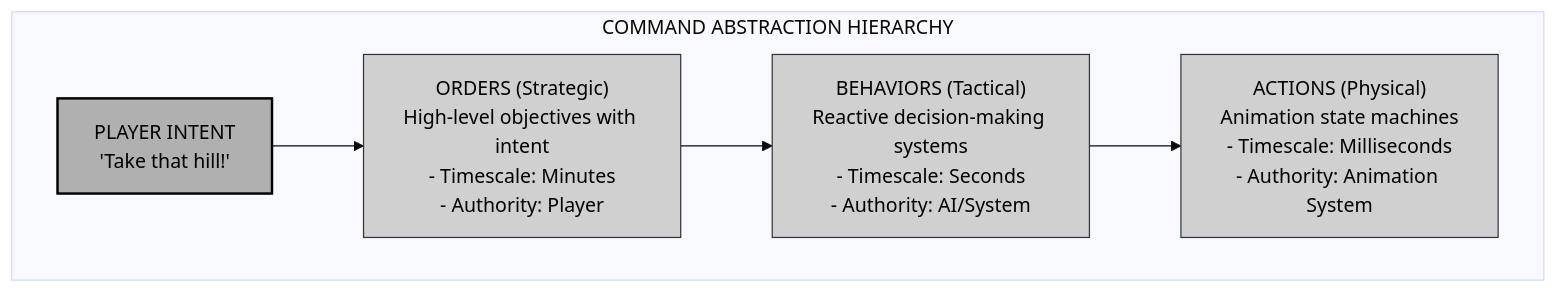
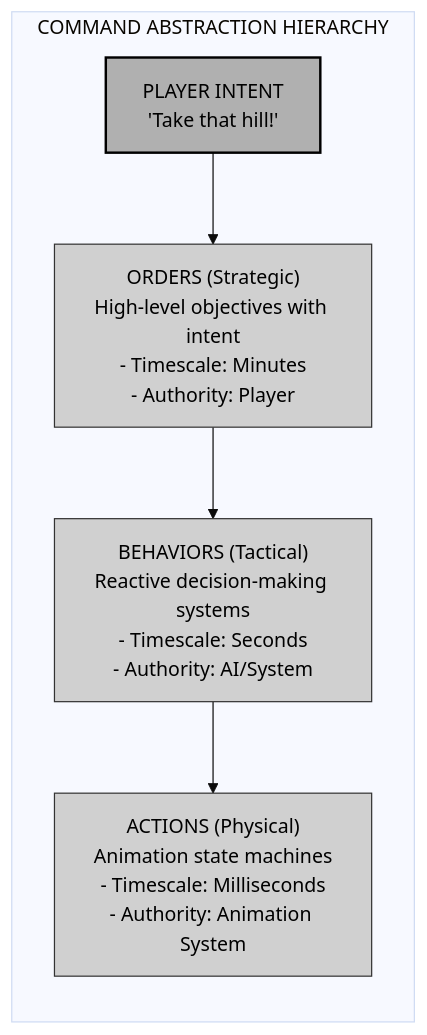
One commit to jukofyork/close-combat-architecture-study changed the first of 5 diagrams in chapter_06_orders_ai.md. Above: the diagram before and after it, drawn with Mermaid (base theme). The commit also changed other lines of this file and 7 other files, not shown here.

````diff
--- a/chapter_06_orders_ai.md
+++ b/chapter_06_orders_ai.md
@@ -7,22 +7,24 @@
 ```mermaid
 flowchart TB
     subgraph Hierarchy["COMMAND ABSTRACTION HIERARCHY"]
+        direction TB
+        
         PI["PLAYER INTENT<br/>'Take that hill!'"]
         
         ORDERS["ORDERS (Strategic)<br/>High-level objectives with intent<br/>- Timescale: Minutes<br/>- Authority: Player"]
         
         BEHAVIORS["BEHAVIORS (Tactical)<br/>Reactive decision-making systems<br/>- Timescale: Seconds<br/>- Authority: AI/System"]
         
         ACTIONS["ACTIONS (Physical)<br/>Animation state machines<br/>- Timescale: Milliseconds<br/>- Authority: Animation System"]
         
         PI --> ORDERS --> BEHAVIORS --> ACTIONS
     end
     
     classDef default fill:#fff,stroke:#000,stroke-width:1px,color:#000
     classDef light fill:#f0f0f0,stroke:#333,stroke-width:1px,color:#000
     classDef medium fill:#d0d0d0,stroke:#333,stroke-width:1px,color:#000
     classDef dark fill:#b0b0b0,stroke:#000,stroke-width:2px,color:#000
     
     class PI dark
     class ORDERS,BEHAVIORS,ACTIONS medium
 ```
````
